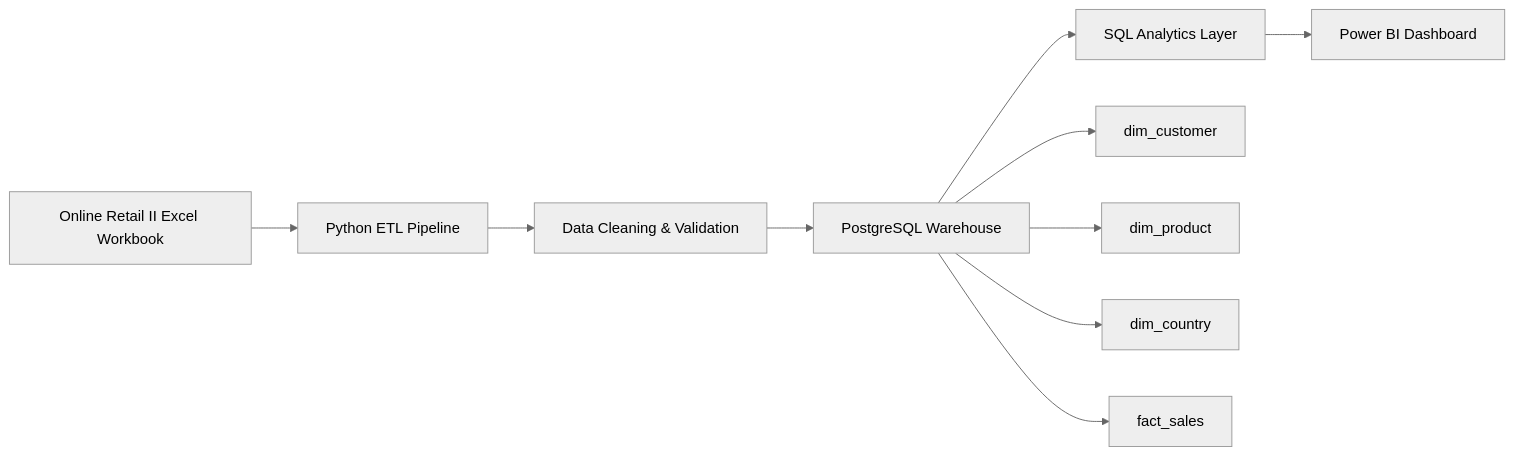
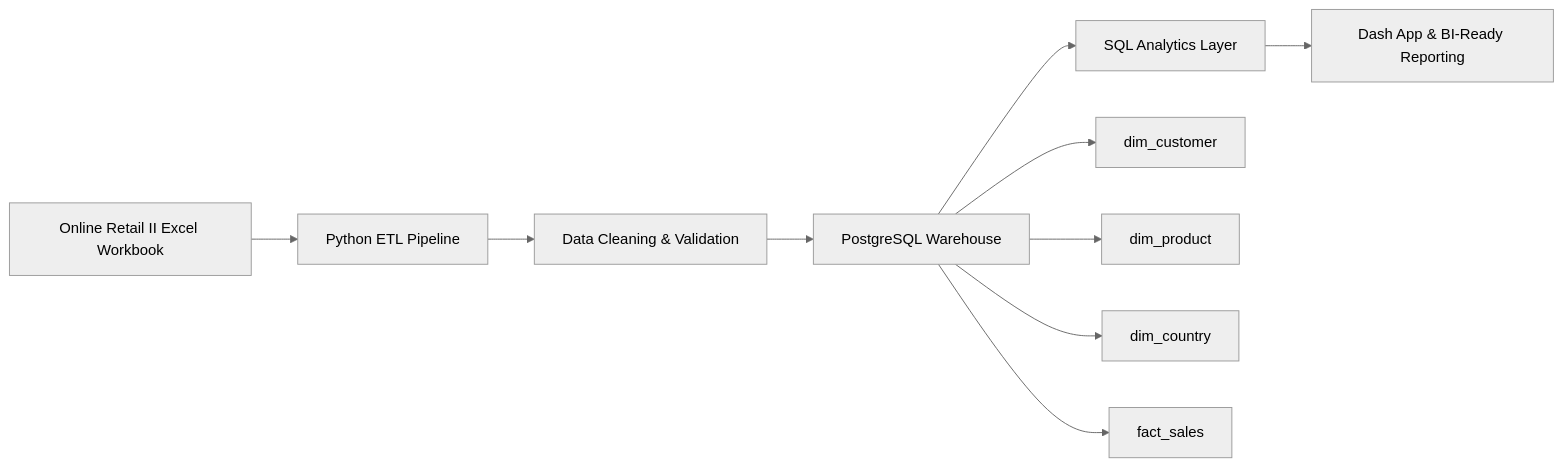
Before and after one commit to Kartz82/customer-intelligence-warehouse: the first of 4 diagrams in README.md, drawn with Mermaid (neutral theme). The commit also changed other lines of this file and 30 other files, not shown here.

Commit message:
Add Power BI-ready documentation and dbt mart exports

````diff
--- a/README.md
+++ b/README.md
@@ -10,13 +10,13 @@
 ```mermaid
 flowchart LR
     A[Online Retail II Excel Workbook] --> B[Python ETL Pipeline]
     B --> C[Data Cleaning & Validation]
     C --> D[PostgreSQL Warehouse]
     D --> E[SQL Analytics Layer]
-    E --> F[Power BI Dashboard]
+    E --> F[Dash App & BI-Ready Reporting]
 
     D --> D1[dim_customer]
     D --> D2[dim_product]
     D --> D3[dim_country]
     D --> D4[fact_sales]
 ```
````
